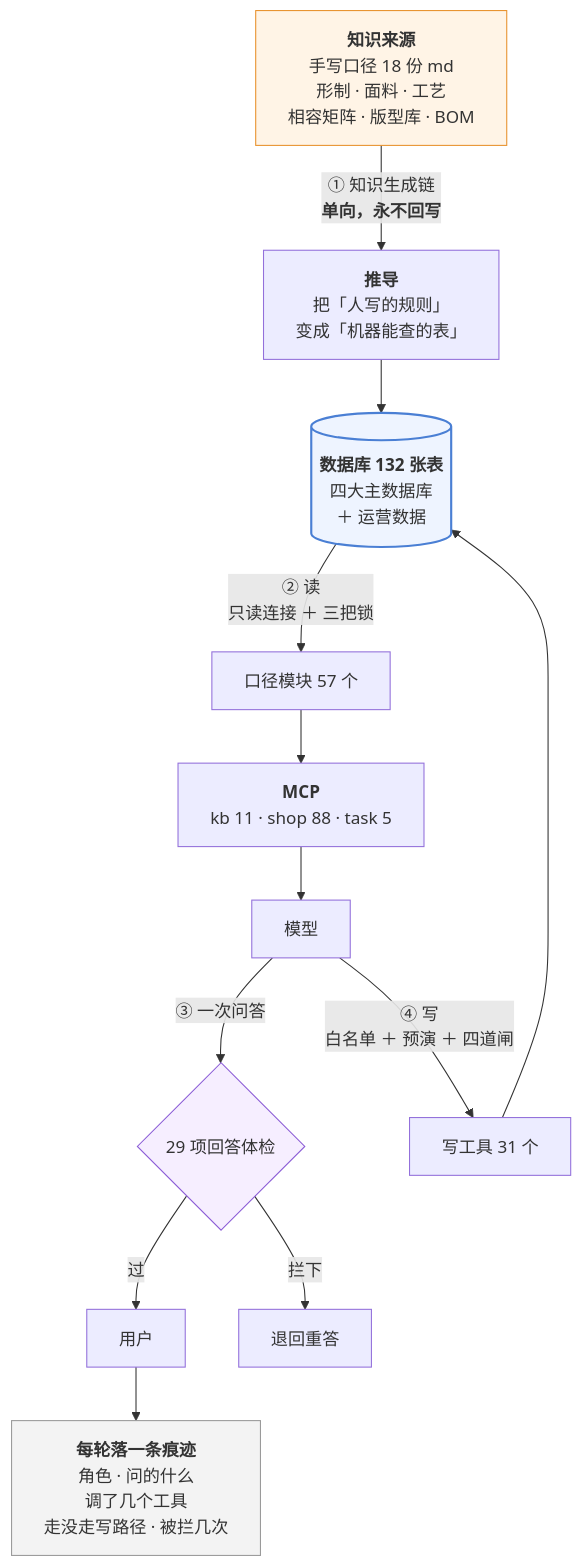
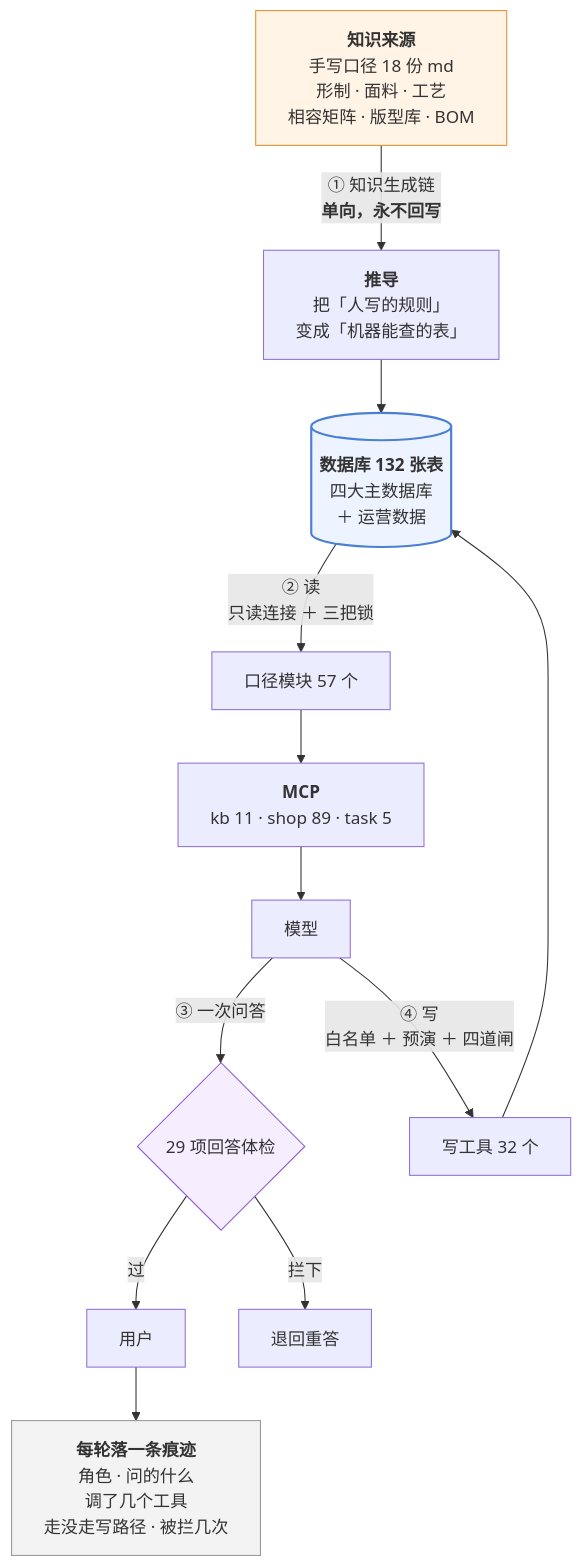
One commit to 843773296-rgb/lanxiu-yunshang-agent changed the third of 3 diagrams in 澜绣云裳agent-产品说明.md. Above: the diagram before and after it, drawn with Mermaid. The commit also changed other lines of this file and 22 other files, not shown here.

````diff
--- a/澜绣云裳agent-产品说明.md
+++ b/澜绣云裳agent-产品说明.md
@@ -1049,24 +1050,24 @@
 ```mermaid
 flowchart TD
     MD["<b>知识来源</b><br/>手写口径 18 份 md<br/>形制 · 面料 · 工艺<br/>相容矩阵 · 版型库 · BOM"]
     MD -->|"① 知识生成链<br/><b>单向，永不回写</b>"| DV["<b>推导</b><br/>把「人写的规则」<br/>变成「机器能查的表」"]
     DV --> DB[("<b>数据库 132 张表</b><br/>四大主数据库<br/>＋ 运营数据")]
 
     DB -->|"② 读<br/>只读连接 ＋ 三把锁"| KJ["口径模块 57 个"]
-    KJ --> MCP["<b>MCP</b><br/>kb 11 · shop 88 · task 5"]
+    KJ --> MCP["<b>MCP</b><br/>kb 11 · shop 89 · task 5"]
     MCP --> LLM["模型"]
 
     LLM -->|"③ 一次问答"| GD{"29 项回答体检"}
     GD -- 过 --> U["用户"]
     GD -- 拦下 --> RE["退回重答"]
 
-    LLM -->|"④ 写<br/>白名单 ＋ 预演 ＋ 四道闸"| W["写工具 31 个"]
+    LLM -->|"④ 写<br/>白名单 ＋ 预演 ＋ 四道闸"| W["写工具 32 个"]
     W --> DB
 
     U --> TR["<b>每轮落一条痕迹</b><br/>角色 · 问的什么<br/>调了几个工具<br/>走没走写路径 · 被拦几次"]
 
     style MD fill:#fff4e6,stroke:#e8912d
     style DB fill:#eef4ff,stroke:#4a7fd4,stroke-width:2px
     style GD fill:#f6eeff,stroke:#8b5cd6
     style TR fill:#f3f3f3,stroke:#999
 ```
````
